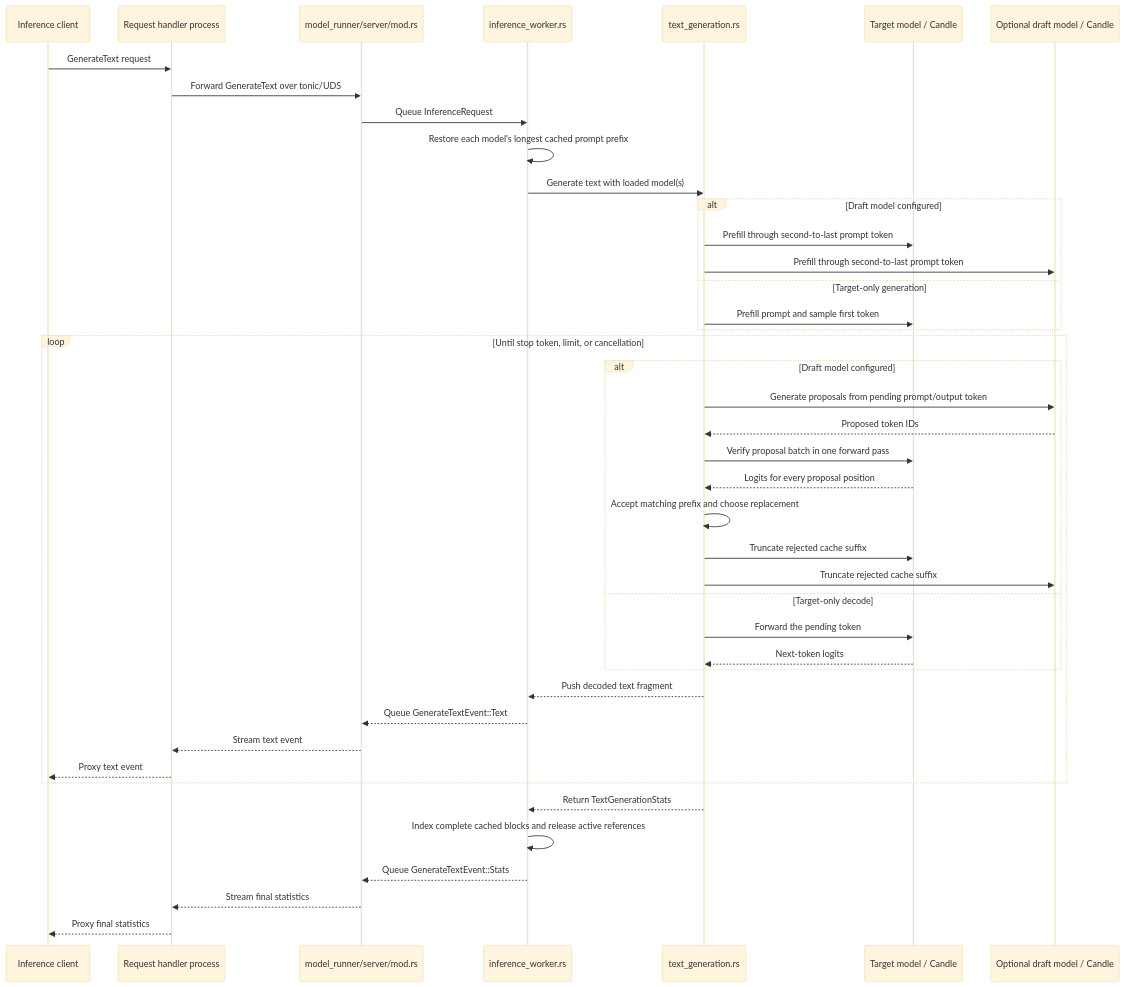
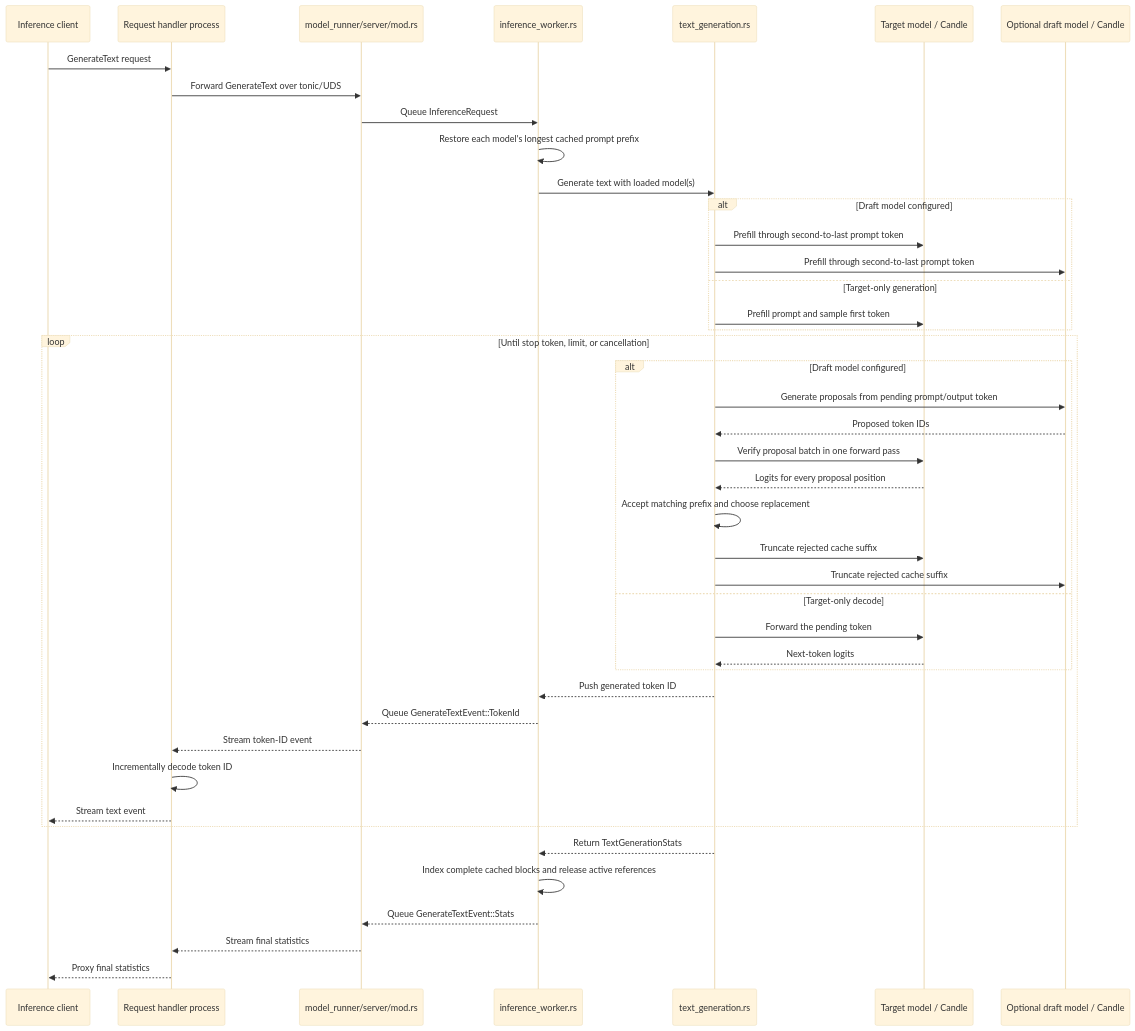
Before and after one commit to lun0522/mini-vllm-rs: the second of 2 diagrams in src/model_runner/README.md, drawn with Mermaid (base theme). The commit also changed other lines of this file and 8 other files, not shown here.

First line of the commit message:
Feature: Harden generation request handling and correct architecture documentation

````diff
--- a/src/model_runner/README.md
+++ b/src/model_runner/README.md
@@ -59,45 +59,46 @@
 ```mermaid
 sequenceDiagram
     participant Caller as Inference client
     participant Handler as Request handler process
     participant Rpc as model_runner/server/mod.rs
     participant Worker as inference_worker.rs
     participant Decode as text_generation.rs
     participant Target as Target model / Candle
     participant Draft as Optional draft model / Candle
 
     Caller->>Handler: GenerateText request
     Handler->>Rpc: Forward GenerateText over tonic/UDS
     Rpc->>Worker: Queue InferenceRequest
     Worker->>Worker: Restore each model's longest cached prompt prefix
     Worker->>Decode: Generate text with loaded model(s)
     alt Draft model configured
         Decode->>Target: Prefill through second-to-last prompt token
         Decode->>Draft: Prefill through second-to-last prompt token
     else Target-only generation
         Decode->>Target: Prefill prompt and sample first token
     end
     loop Until stop token, limit, or cancellation
         alt Draft model configured
             Decode->>Draft: Generate proposals from pending prompt/output token
             Draft-->>Decode: Proposed token IDs
             Decode->>Target: Verify proposal batch in one forward pass
             Target-->>Decode: Logits for every proposal position
             Decode->>Decode: Accept matching prefix and choose replacement
             Decode->>Target: Truncate rejected cache suffix
             Decode->>Draft: Truncate rejected cache suffix
         else Target-only decode
             Decode->>Target: Forward the pending token
             Target-->>Decode: Next-token logits
         end
-        Decode-->>Worker: Push decoded text fragment
-        Worker-->>Rpc: Queue GenerateTextEvent::Text
-        Rpc-->>Handler: Stream text event
-        Handler-->>Caller: Proxy text event
+        Decode-->>Worker: Push generated token ID
+        Worker-->>Rpc: Queue GenerateTextEvent::TokenId
+        Rpc-->>Handler: Stream token-ID event
+        Handler->>Handler: Incrementally decode token ID
+        Handler-->>Caller: Stream text event
     end
     Decode-->>Worker: Return TextGenerationStats
     Worker->>Worker: Index complete cached blocks and release active references
     Worker-->>Rpc: Queue GenerateTextEvent::Stats
     Rpc-->>Handler: Stream final statistics
     Handler-->>Caller: Proxy final statistics
 ```
````
